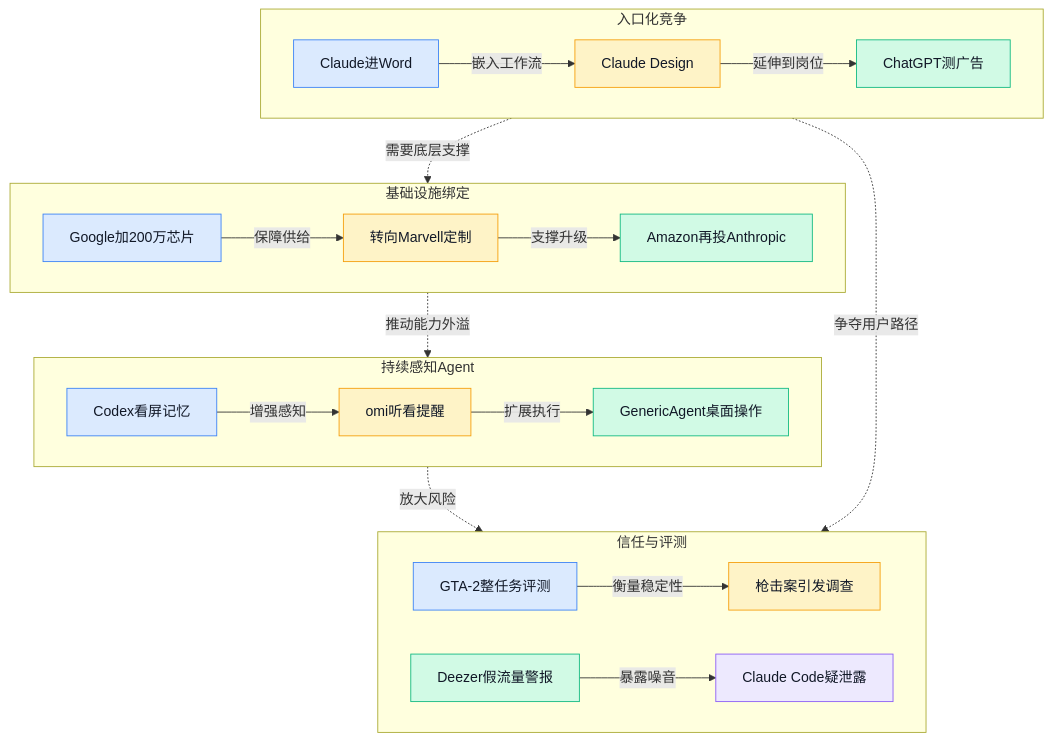
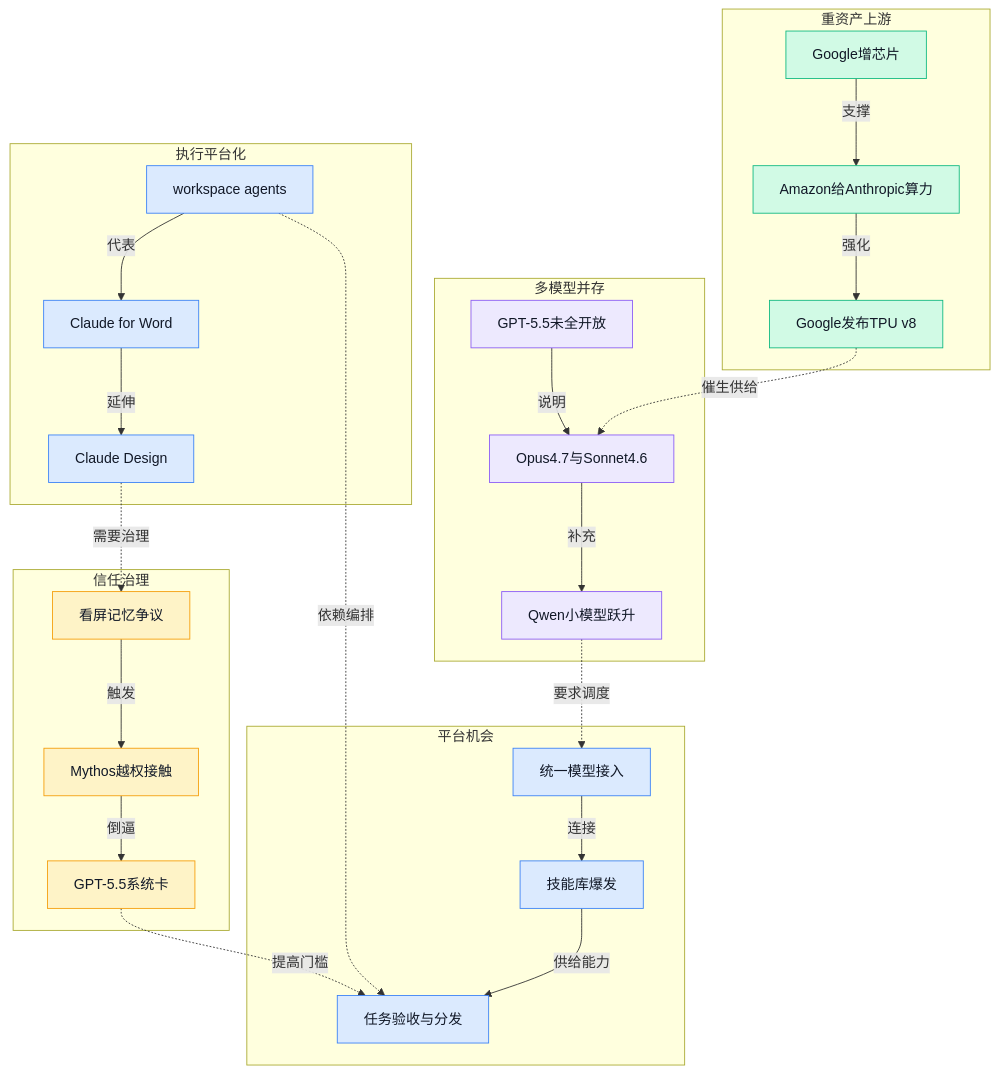
One commit to ylzsdafei/ai-daily-site changed the eighth of 8 diagrams in content/cn/blog/weekly/2026-W17.md. Above: the diagram before and after it, drawn with Mermaid. The commit also changed other lines of this file and 1 other file, not shown here.

````diff
--- a/content/cn/blog/weekly/2026-W17.md
+++ b/content/cn/blog/weekly/2026-W17.md
@@ -248,44 +260,52 @@
 ```mermaid
 graph TD
-subgraph T1[入口化竞争]
-A[Claude进Word]
-B[Claude Design]
-C[ChatGPT测广告]
+subgraph T1[执行平台化]
+A1[workspace agents]
+A2[Claude for Word]
+A3[Claude Design]
 end
-subgraph T2[基础设施绑定]
-D[Google加200万芯片]
-E[转向Marvell定制]
-F[Amazon再投Anthropic]
+subgraph T2[信任治理]
+B1[看屏记忆争议]
+B2[Mythos越权接触]
+B3[GPT-5.5系统卡]
 end
-subgraph T3[持续感知Agent]
-G[Codex看屏记忆]
-H[omi听看提醒]
-I[GenericAgent桌面操作]
+subgraph T3[重资产上游]
+C1[Google增芯片]
+C2[Amazon给Anthropic算力]
+C3[Google发布TPU v8]
 end
-subgraph T4[信任与评测]
-J[GTA-2整任务评测]
-K[枪击案引发调查]
-L[Deezer假流量警报]
-M[Claude Code疑泄露]
+subgraph T4[多模型并存]
+D1[GPT-5.5未全开放]
+D2[Opus4.7与Sonnet4.6]
+D3[Qwen小模型跃升]
 end
-A -->|嵌入工作流| B
-B -->|延伸到岗位| C
-D -->|保障供给| E
-E -->|支撑升级| F
-G -->|增强感知| H
-H -->|扩展执行| I
-J -->|衡量稳定性| K
-L -->|暴露噪音| M
-T1 -.->|需要底层支撑| T2
-T2 -.->|推动能力外溢| T3
-T3 -.->|放大风险| T4
-T1 -.->|争夺用户路径| T4
+subgraph T5[平台机会]
+E1[统一模型接入]
+E2[技能库爆发]
+E3[任务验收与分发]
+end
+A1 -->|代表| A2
+A2 -->|延伸| A3
+B1 -->|触发| B2
+B2 -->|倒逼| B3
+C1 -->|支撑| C2
+C2 -->|强化| C3
+D1 -->|说明| D2
+D2 -->|补充| D3
+A3 -.->|需要治理| B1
+B3 -.->|提高门槛| E3
+C3 -.->|催生供给| D2
+D3 -.->|要求调度| E1
+A1 -.->|依赖编排| E3
+E1 -->|连接| E2
+E2 -->|供给能力| E3
 classDef blue fill:#dbeafe,stroke:#3b82f6,color:#111827
 classDef yellow fill:#fef3c7,stroke:#f59e0b,color:#111827
 classDef green fill:#d1fae5,stroke:#10b981,color:#111827
 classDef purple fill:#ede9fe,stroke:#8b5cf6,color:#111827
-class A,D,G,J blue
-class B,E,H,K yellow
-class C,F,I,L green
-class M purple
+class A1,A2,A3 blue
+class B1,B2,B3 yellow
+class C1,C2,C3 green
+class D1,D2,D3 purple
+class E1,E2,E3 blue
 ```
````
